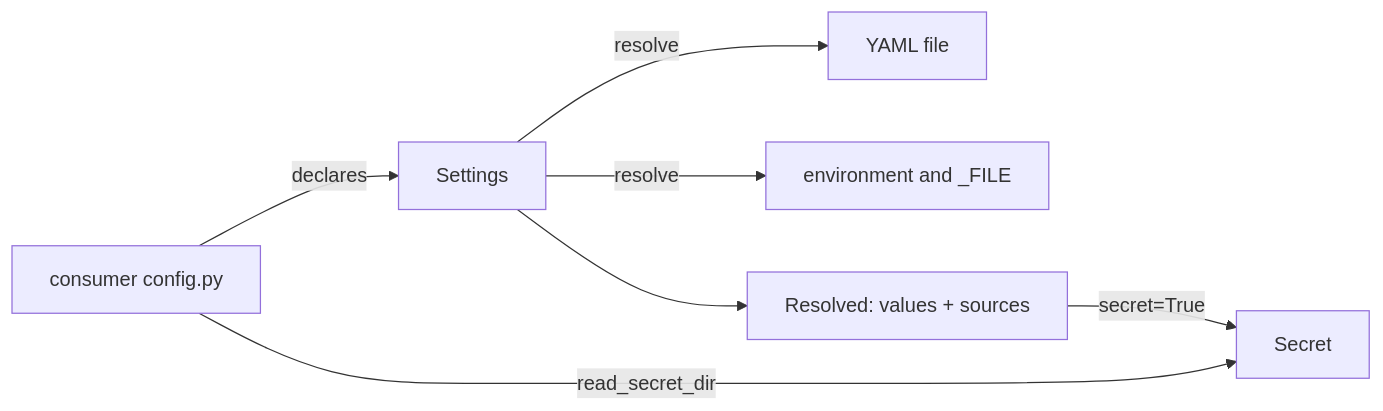
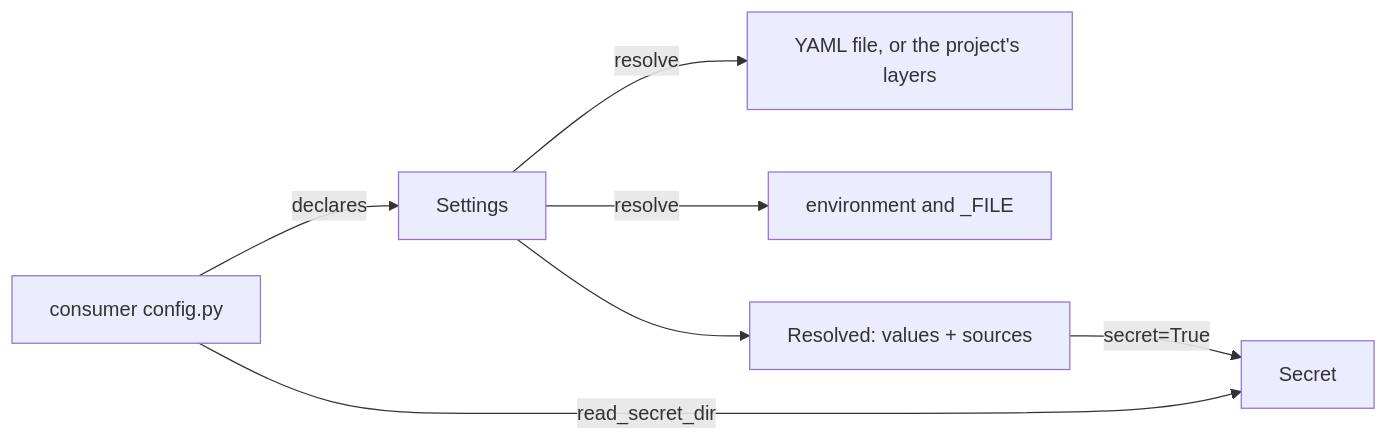
The diagram in docs/wiki/Architecture-Internals.md (metalayerlab/interpose), drawn with Mermaid before and after one commit. The commit also changed other lines of this file and 5 other files, not shown here.

First line of the commit message:
feat(settings)!: resolve from layers with provenance (design 0009 step 1) (#39)

````diff
--- a/docs/wiki/Architecture-Internals.md
+++ b/docs/wiki/Architecture-Internals.md
@@ -9,9 +9,9 @@
 ```mermaid
 flowchart LR
     C[consumer config.py] -->|declares| S[Settings]
-    S -->|resolve| Y[YAML file]
+    S -->|resolve| Y[YAML file, or the project's layers]
     S -->|resolve| E[environment and _FILE]
     S --> R[Resolved: values + sources]
     R -->|secret=True| SEC[Secret]
     C -->|read_secret_dir| SEC
 ```
````
